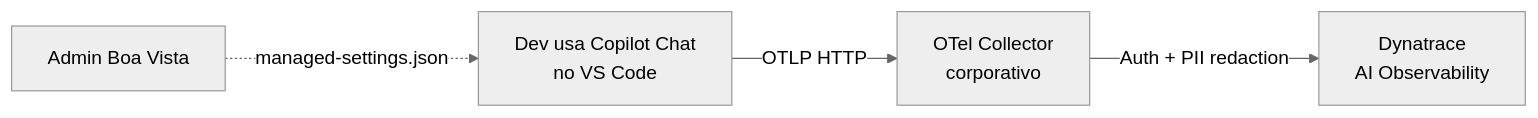
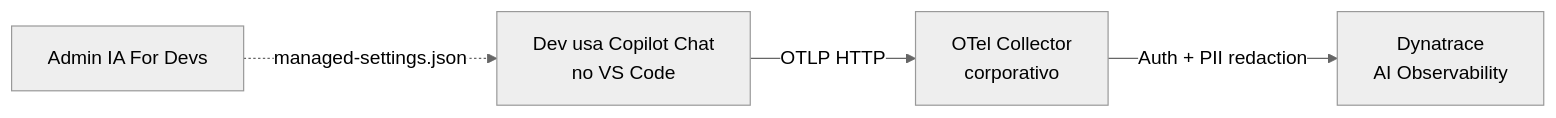
One commit to brunoxy01/ia-observability-for-devs changed the diagram in README.md. Above: the diagram before and after it, drawn with Mermaid (neutral theme). The commit also changed other lines of this file and 15 other files, not shown here.

````diff
--- a/README.md
+++ b/README.md
@@ -25,7 +25,7 @@
 ```mermaid
 flowchart LR
     Dev[Dev usa Copilot Chat<br/>no VS Code] -->|OTLP HTTP| Collector[OTel Collector<br/>corporativo]
     Collector -->|Auth + PII redaction| Dynatrace[Dynatrace<br/>AI Observability]
 
-    Admin[Admin Boa Vista] -.->|managed-settings.json| Dev
+    Admin[Admin IA For Devs] -.->|managed-settings.json| Dev
 ```
````
